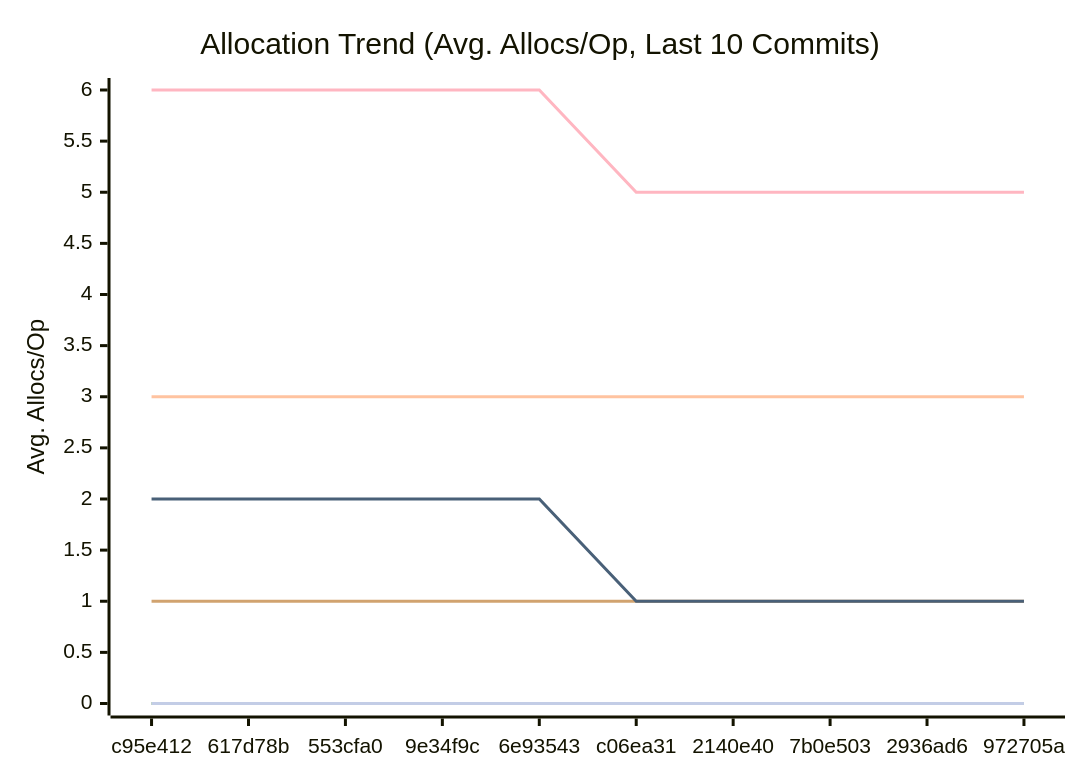
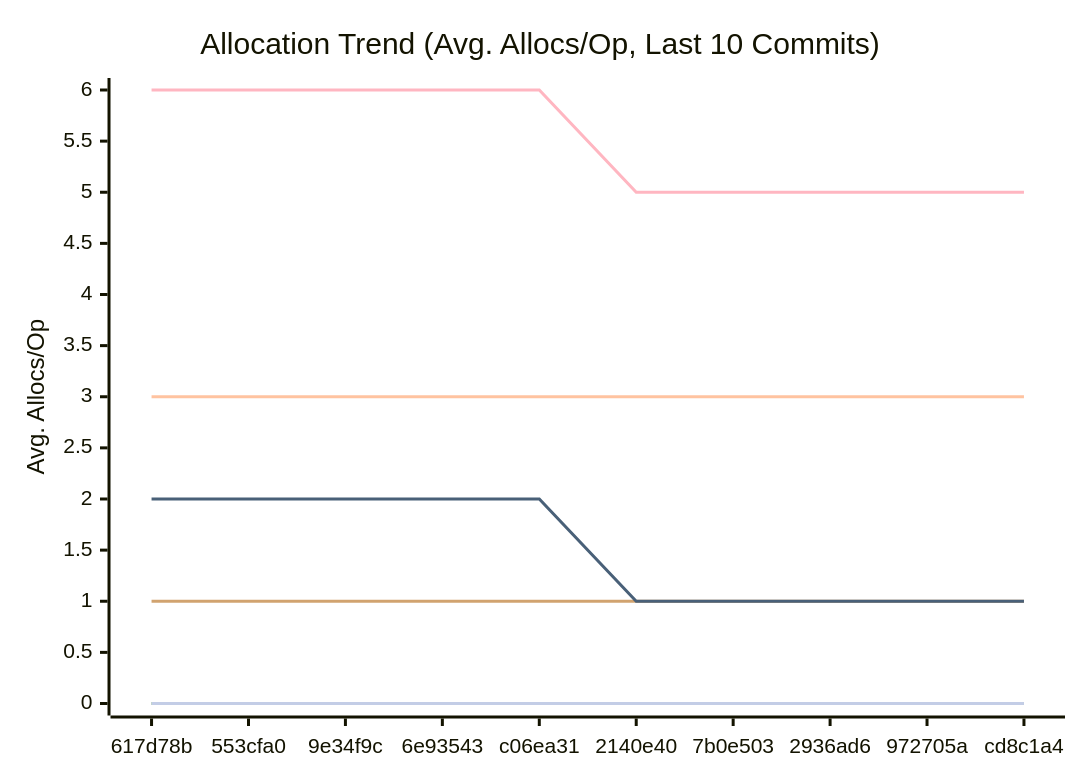
Before and after one commit to alsotoes/momo: the third of 3 diagrams in docs/PERFORMANCE.md, drawn with Mermaid. The commit also changed other lines of this file and 14 other files, not shown here.

````diff
--- a/docs/PERFORMANCE.md
+++ b/docs/PERFORMANCE.md
@@ -114,16 +114,16 @@
 ```mermaid
 xychart-beta
     title "Allocation Trend (Avg. Allocs/Op, Last 10 Commits)"
     x-axis "Commit"
     y-axis "Avg. Allocs/Op"
-    x-axis [c95e412,617d78b,553cfa0,9e34f9c,6e93543,c06ea31,2140e40,7b0e503,2936ad6,972705a]
+    x-axis [617d78b,553cfa0,9e34f9c,6e93543,c06ea31,2140e40,7b0e503,2936ad6,972705a,cd8c1a4]
     line "CheckMetricsAndSwap" [0,0,0,0,0,0,0,0,0,0]
     line "CrushOptimized" [0,0,0,0,0,0,0,0,0,0]
     line "CrushOriginal" [3,3,3,3,3,3,3,3,3,3]
     line "IndexDirectTracking" [0,0,0,0,0,0,0,0,0,0]
     line "IndexSearch" [0,0,0,0,0,0,0,0,0,0]
     line "LoadGlobalConfig" [1,1,1,1,1,1,1,1,1,1]
     line "PadString" [0,0,0,0,0,0,0,0,0,0]
     line "ParseReplicationOrder_NoPrealloc" [6,6,6,6,6,5,5,5,5,5]
     line "ParseReplicationOrder_Prealloc" [2,2,2,2,2,1,1,1,1,1]
 ```
````
